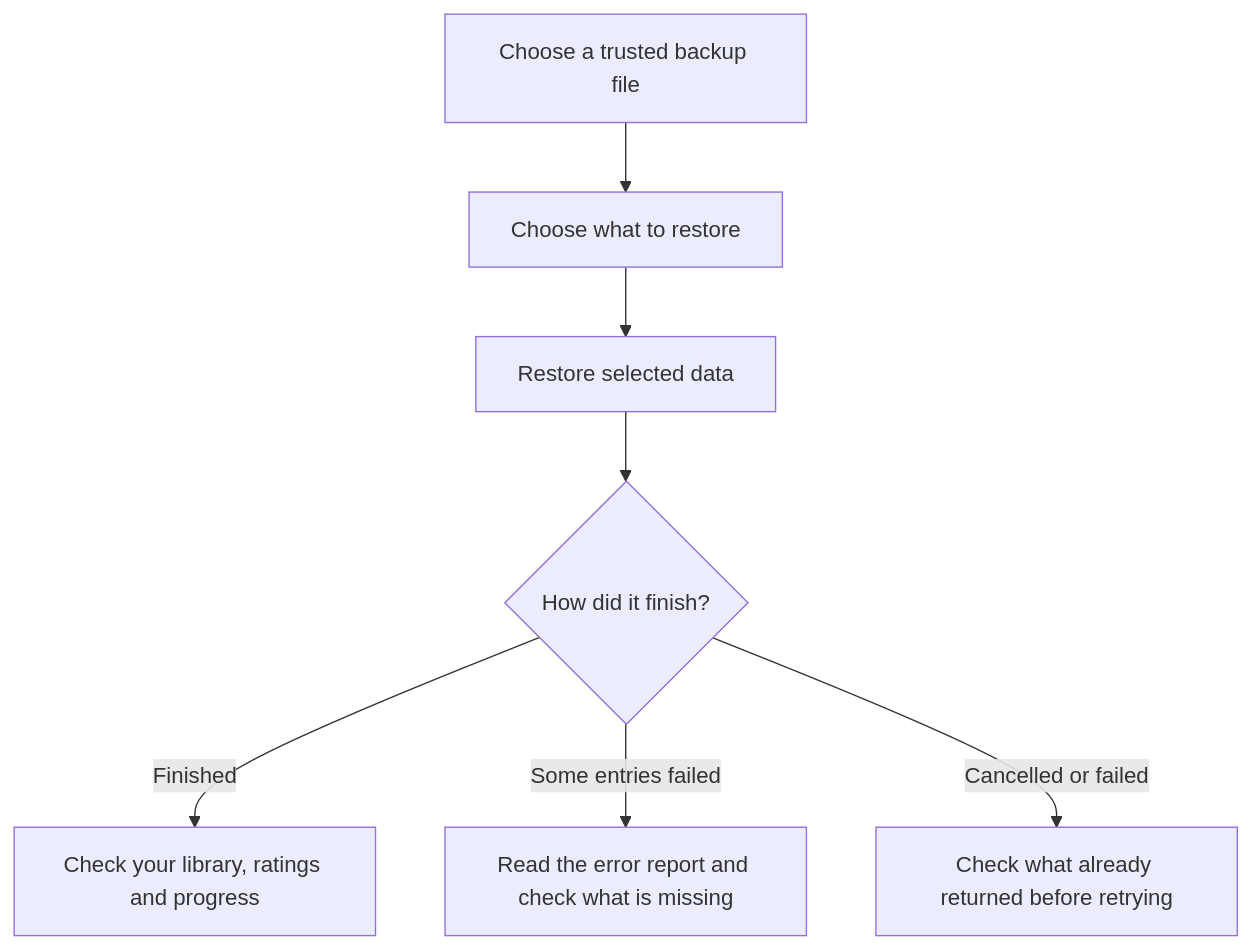
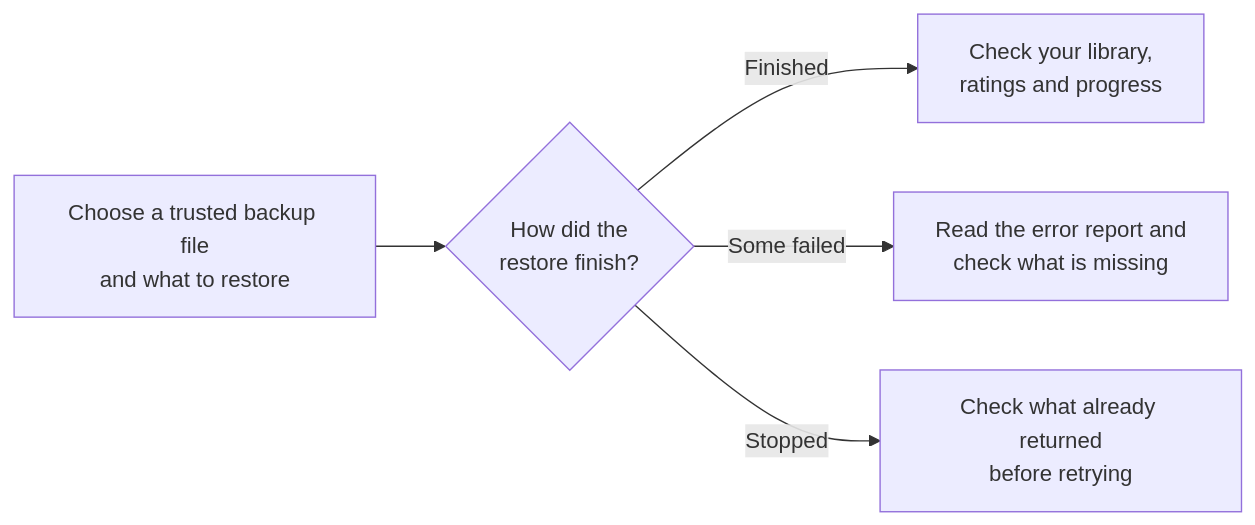
The second of 4 diagrams in docs/kmk/feature-guides/backups.md (FancyCorey/komikku-fc), drawn with Mermaid before and after one commit. The commit also changed other lines of this file and 93 other files, not shown here.

````diff
--- a/docs/kmk/feature-guides/backups.md
+++ b/docs/kmk/feature-guides/backups.md
@@ -58,9 +50,7 @@
 ```mermaid
-flowchart TD
-    File["Choose a trusted backup file"] --> Options["Choose what to restore"]
-    Options --> Restore["Restore selected data"]
-    Restore --> Result{"How did it finish?"}
-    Result -->|Finished| Check["Check your library, ratings and progress"]
-    Result -->|Some entries failed| Errors["Read the error report and check what is missing"]
-    Result -->|Cancelled or failed| Partial["Check what already returned before retrying"]
+flowchart LR
+    File["Choose a trusted backup file<br/>and what to restore"] --> Result{"How did the<br/>restore finish?"}
+    Result -->|Finished| Check["Check your library,<br/>ratings and progress"]
+    Result -->|Some failed| Errors["Read the error report and<br/>check what is missing"]
+    Result -->|Stopped| Partial["Check what already returned<br/>before retrying"]
 ```
````
